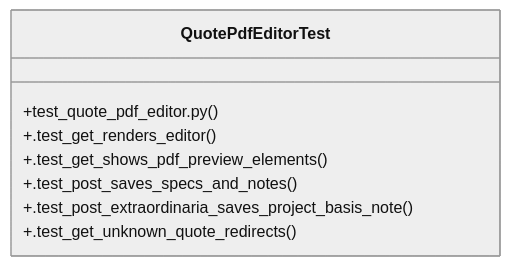
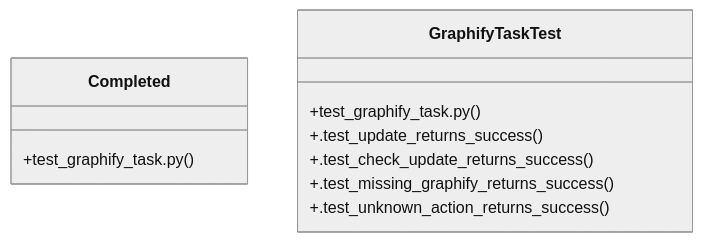
One commit to Daftrick/ProjectTracker changed the diagram in graphify-out/wiki/Community_30.md. Above: the diagram before and after it, drawn with Mermaid (neutral theme). The commit also changed other lines of this file and 419 other files, not shown here.

First line of the commit message:
feat: editor PDF para LDM con preview visual en split-view

````diff
--- a/graphify-out/wiki/Community_30.md
+++ b/graphify-out/wiki/Community_30.md
@@ -19,11 +19,13 @@
 ```mermaid
 classDiagram
-    class QuotePdfEditorTest {
-        +test_quote_pdf_editor.py()
-        +.test_get_renders_editor()
-        +.test_get_shows_pdf_preview_elements()
-        +.test_post_saves_specs_and_notes()
-        +.test_post_extraordinaria_saves_project_basis_note()
-        +.test_get_unknown_quote_redirects()
+    class Completed {
+        +test_graphify_task.py()
+    }
+    class GraphifyTaskTest {
+        +test_graphify_task.py()
+        +.test_update_returns_success()
+        +.test_check_update_returns_success()
+        +.test_missing_graphify_returns_success()
+        +.test_unknown_action_returns_success()
     }
 ```
````
